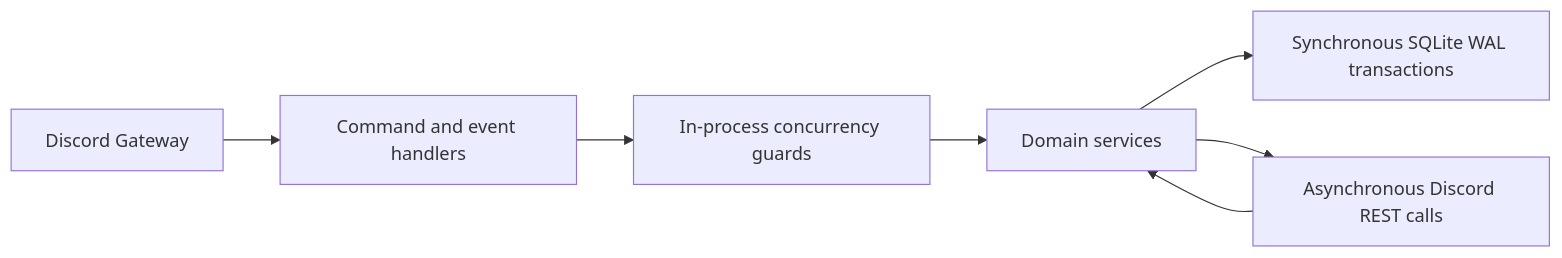
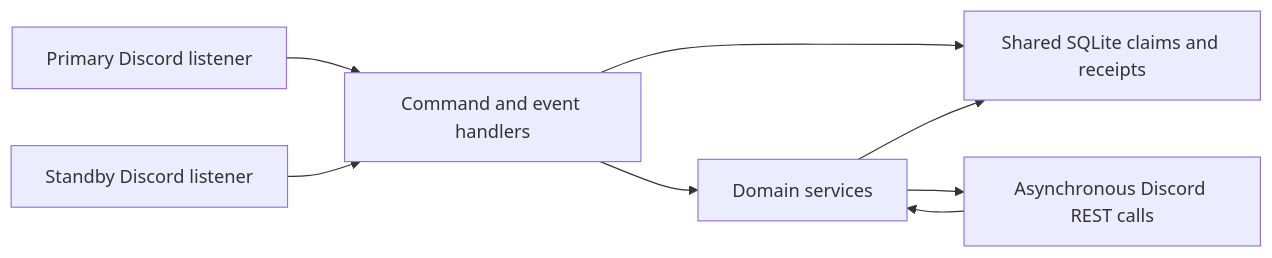
One commit to carlosmezquita/snoojote changed the diagram in docs/ARCHITECTURE.md. Above: the diagram before and after it, drawn with Mermaid. The commit also changed other lines of this file and 1 other file, not shown here.

Commit message:
docs: showcase Snoojote engineering decisions

````diff
--- a/docs/ARCHITECTURE.md
+++ b/docs/ARCHITECTURE.md
@@ -5,9 +5,10 @@
 ```mermaid
 flowchart LR
-    G[Discord Gateway] --> H[Command and event handlers]
-    H --> C[In-process concurrency guards]
-    C --> D[Domain services]
-    D --> T[Synchronous SQLite WAL transactions]
+    P[Primary Discord listener] --> H[Command and event handlers]
+    S[Standby Discord listener] --> H
+    H --> T[Shared SQLite claims and receipts]
+    H --> D[Domain services]
+    D --> T
     D --> R[Asynchronous Discord REST calls]
     R --> D
 ```
````
